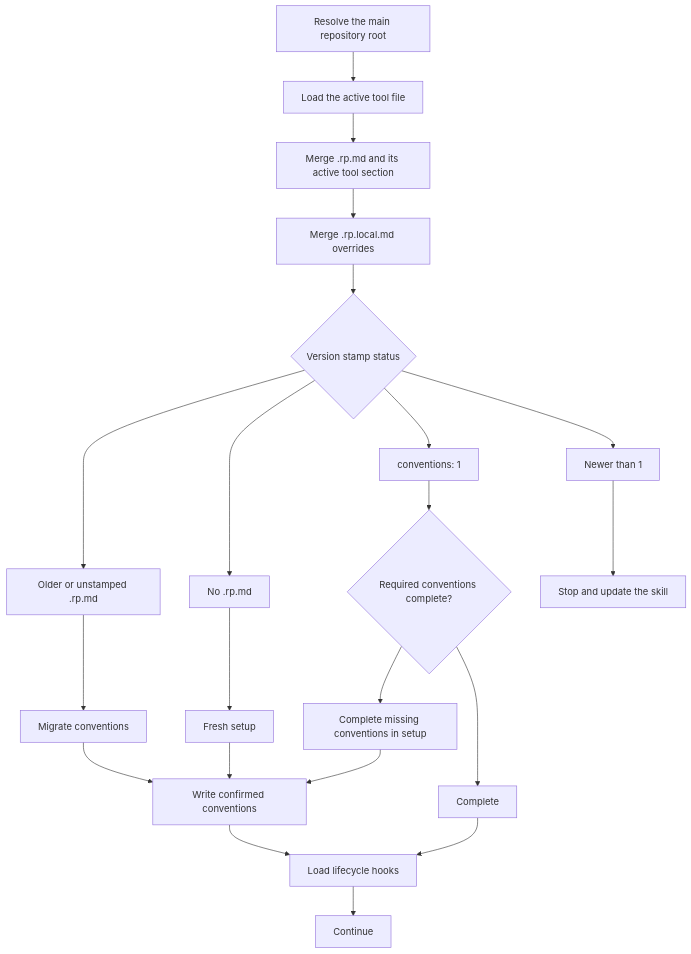
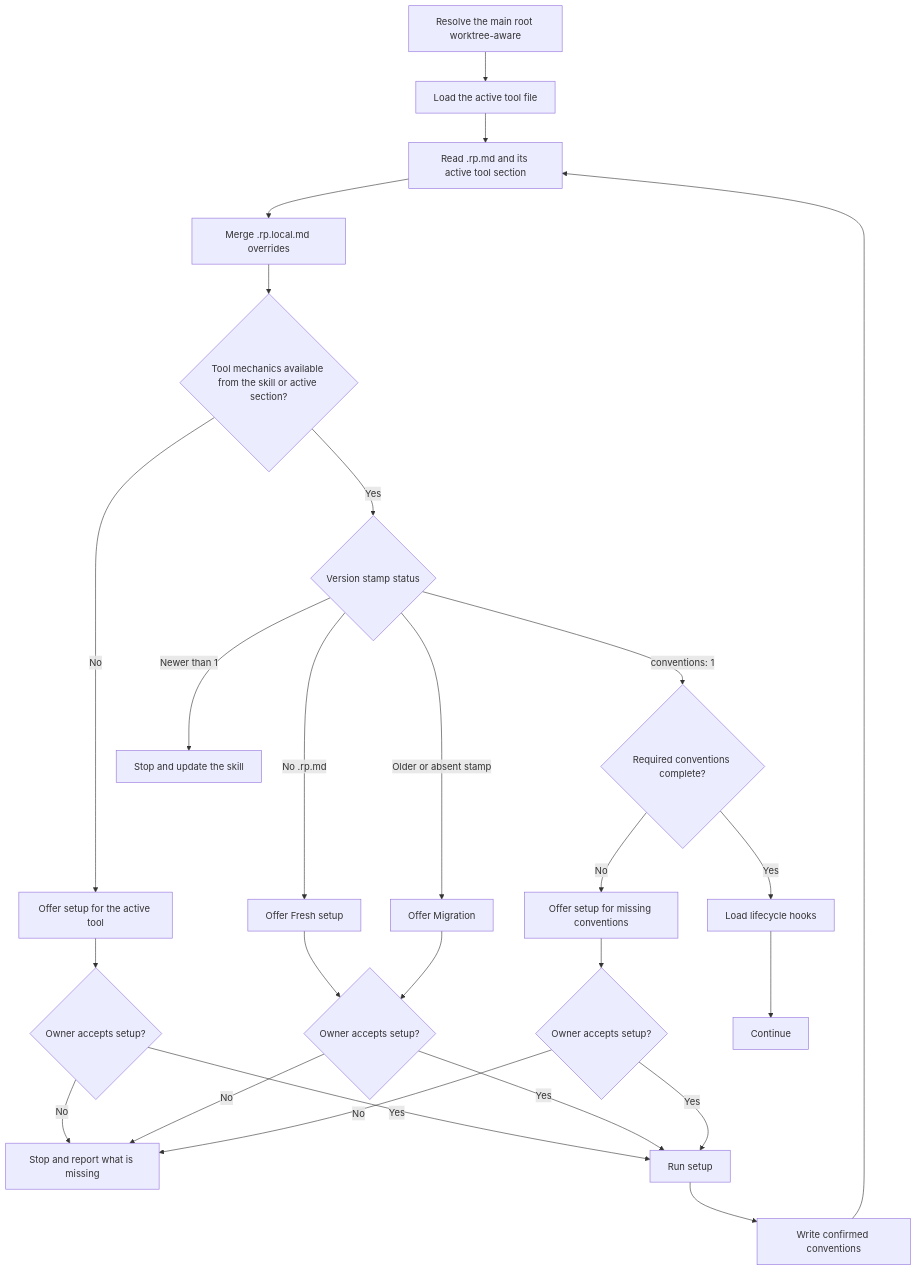
One commit to Automattic/radical-pipelines changed the diagram in docs/flowcharts/load-conventions.md. Above: the diagram before and after it, drawn with Mermaid. The commit also changed 7 other files, not shown here.

Commit message:
Synchronize orchestration flowcharts

````diff
--- a/docs/flowcharts/load-conventions.md
+++ b/docs/flowcharts/load-conventions.md
@@ -5,23 +5,28 @@
 ```mermaid
 flowchart TD
-    A["Resolve the main repository root"] --> B["Load the active tool file"]
-    B --> C["Merge .rp.md and its active tool section"]
-    C --> D["Merge .rp.local.md overrides"]
-    D --> E{"Version stamp status"}
-    E --> F["No .rp.md"]
-    E --> G["Older or unstamped .rp.md"]
-    E --> H["conventions: 1"]
-    E --> I["Newer than 1"]
-    F --> J["Fresh setup"]
-    G --> K["Migrate conventions"]
-    H --> L{"Required conventions complete?"}
-    K --> M["Write confirmed conventions"]
-    L --> N["Complete"]
-    L --> O["Complete missing conventions in setup"]
+    A["Resolve the main root worktree-aware"] --> B["Load the active tool file"]
+    B --> C["Read .rp.md and its active tool section"]
+    C --> G["Merge .rp.local.md overrides"]
+    G --> D{"Tool mechanics available from the skill or active section?"}
+    D -->|No| E["Offer setup for the active tool"]
+    E --> F{"Owner accepts setup?"}
+    F -->|No| STOP["Stop and report what is missing"]
+    F -->|Yes| SETUP["Run setup"]
+    SETUP --> WRITE["Write confirmed conventions"]
+    WRITE --> C
+    D -->|Yes| H{"Version stamp status"}
+    H -->|No .rp.md| I["Offer Fresh setup"]
+    H -->|Older or absent stamp| J["Offer Migration"]
+    H -->|conventions: 1| K{"Required conventions complete?"}
+    H -->|Newer than 1| L["Stop and update the skill"]
+    I --> M{"Owner accepts setup?"}
     J --> M
-    O --> M
-    M --> P["Load lifecycle hooks"]
-    N --> P
+    M -->|No| STOP
+    M -->|Yes| SETUP
+    K -->|No| N["Offer setup for missing conventions"]
+    N --> O{"Owner accepts setup?"}
+    O -->|No| STOP
+    O -->|Yes| SETUP
+    K -->|Yes| P["Load lifecycle hooks"]
     P --> Q["Continue"]
-    I --> R["Stop and update the skill"]
 ```
````
